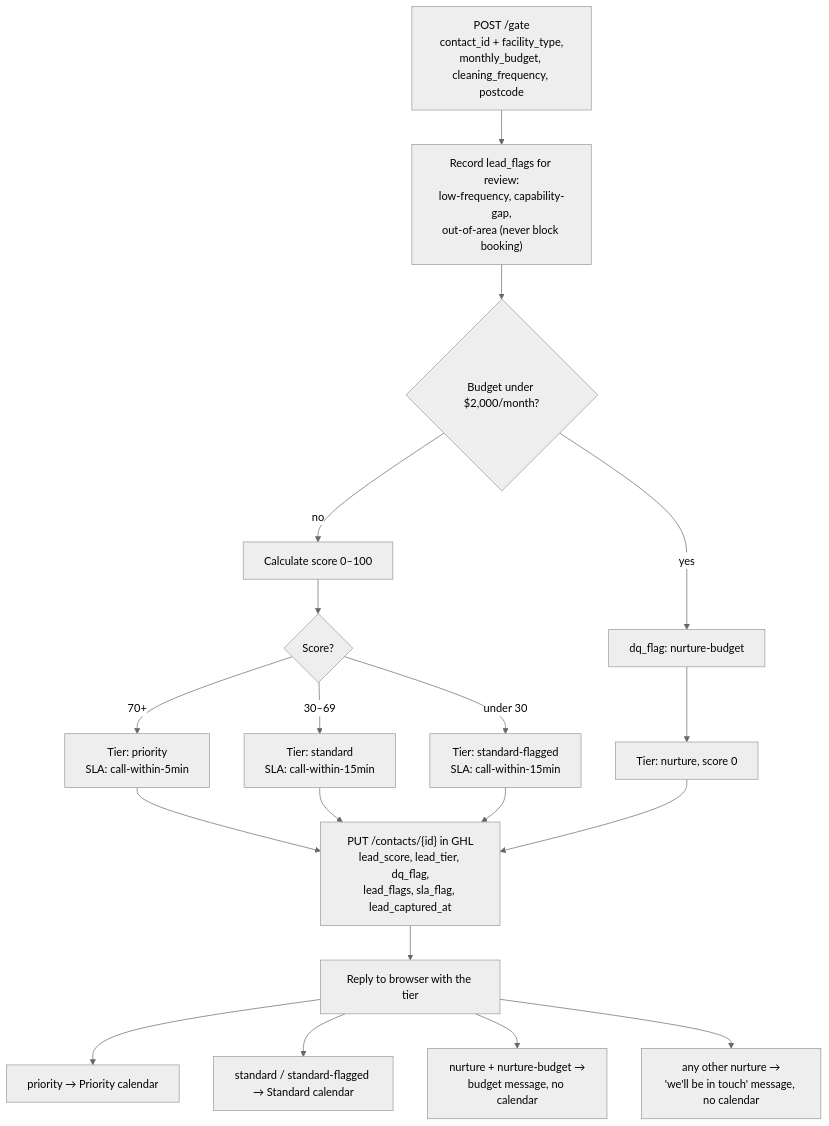
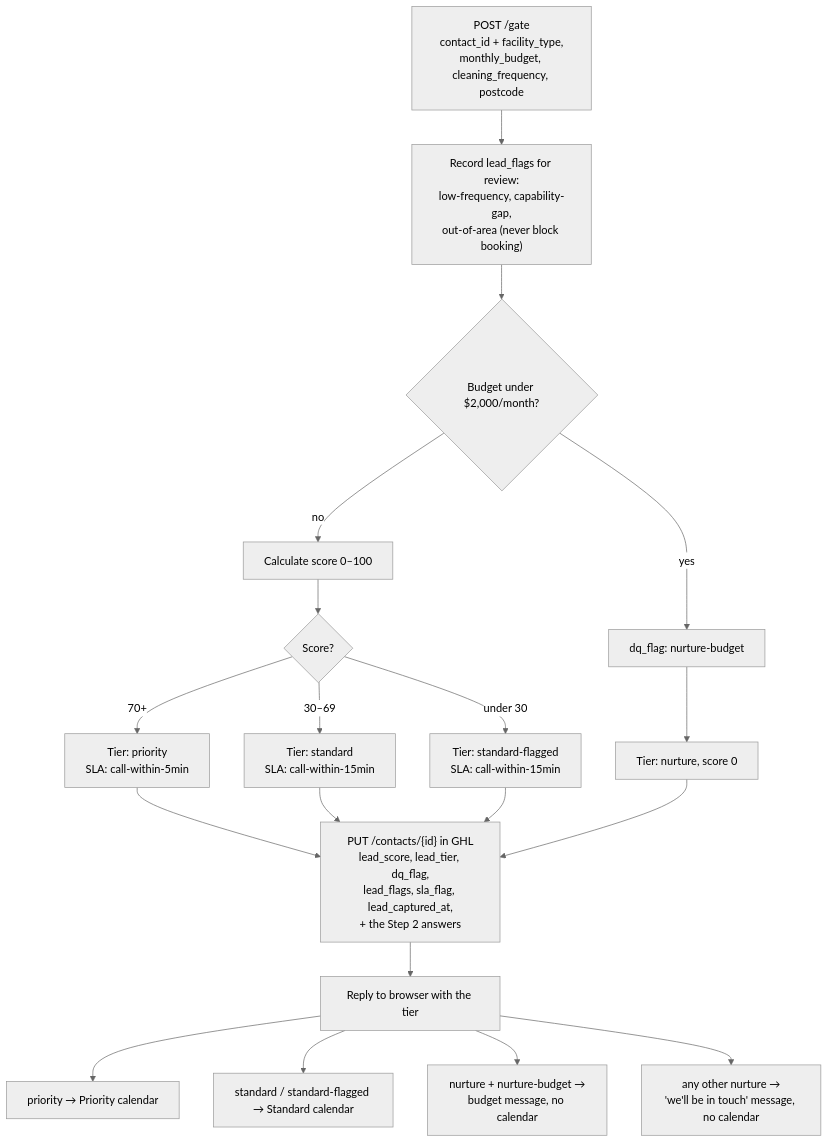
One commit to VantagePointFacilityServices/vpfs-website changed the fifth of 11 diagrams in docs/WORKER.md. Above: the diagram before and after it, drawn with Mermaid (neutral theme). The commit also changed other lines of this file and 2 other files, not shown here.

First line of the commit message:
Save the website's Step 2 answers to the GHL contact at /gate

````diff
--- a/docs/WORKER.md
+++ b/docs/WORKER.md
@@ -290,22 +290,22 @@
 ```mermaid
 flowchart TD
     IN["POST /gate<br/>contact_id + facility_type,<br/>monthly_budget, cleaning_frequency, postcode"]
     IN --> FL["Record lead_flags for review:<br/>low-frequency, capability-gap,<br/>out-of-area (never block booking)"]
     FL --> D1{"Budget under $2,000/month?"}
     D1 -- yes --> N1["dq_flag: nurture-budget"]
     D1 -- no --> SC["Calculate score 0–100"]
 
     N1 --> NUR["Tier: nurture, score 0"]
     SC --> T{"Score?"}
     T -- "70+" --> PR["Tier: priority<br/>SLA: call-within-5min"]
     T -- "30–69" --> ST["Tier: standard<br/>SLA: call-within-15min"]
     T -- "under 30" --> SF["Tier: standard-flagged<br/>SLA: call-within-15min"]
 
-    PR & ST & SF & NUR --> WB["PUT /contacts/{id} in GHL<br/>lead_score, lead_tier, dq_flag,<br/>lead_flags, sla_flag, lead_captured_at"]
+    PR & ST & SF & NUR --> WB["PUT /contacts/{id} in GHL<br/>lead_score, lead_tier, dq_flag,<br/>lead_flags, sla_flag, lead_captured_at,<br/>+ the Step 2 answers"]
     WB --> OUT["Reply to browser with the tier"]
 
     OUT --> C1["priority → Priority calendar"]
     OUT --> C2["standard / standard-flagged → Standard calendar"]
     OUT --> C3["nurture + nurture-budget →<br/>budget message, no calendar"]
     OUT --> C4["any other nurture →<br/>'we'll be in touch' message, no calendar"]
 ```
````
